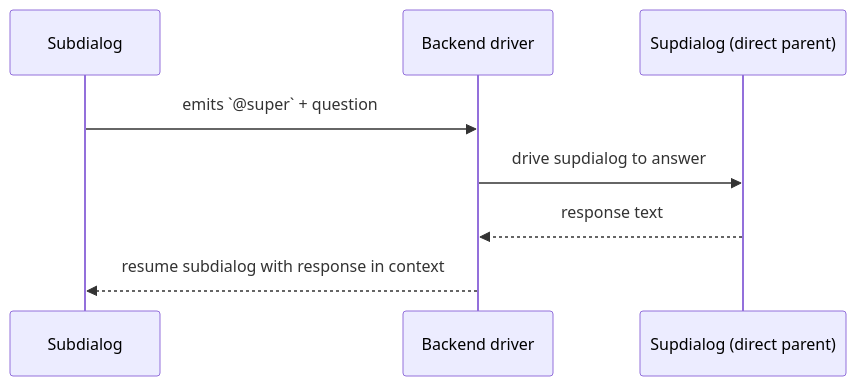
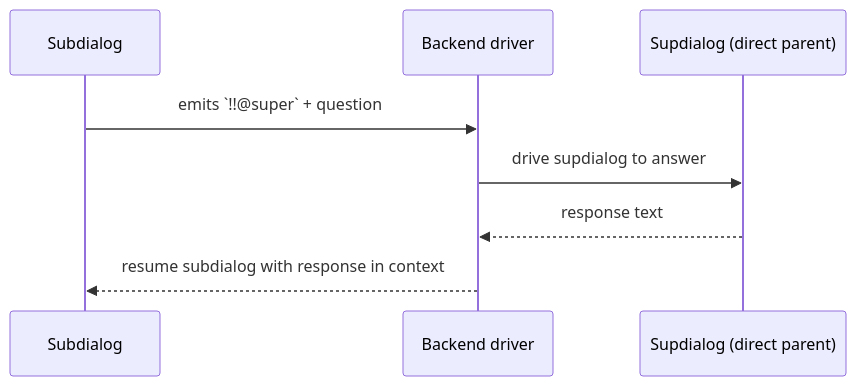
One commit to longrun-ai/dominds changed diagram 11 of 18 in docs/dialog-system.md. Above: the diagram before and after it, drawn with Mermaid. The commit also changed other lines of this file and 28 other files, not shown here.

````diff
--- a/docs/dialog-system.md
+++ b/docs/dialog-system.md
@@ -1119,11 +1120,11 @@
 ```mermaid
 sequenceDiagram
   participant Sub as Subdialog
   participant Driver as Backend driver
   participant Sup as Supdialog (direct parent)
 
-  Sub->>Driver: emits `@super` + question
+  Sub->>Driver: emits `!!@super` + question
   Driver->>Sup: drive supdialog to answer
   Sup-->>Driver: response text
   Driver-->>Sub: resume subdialog with response in context
 ```
````
